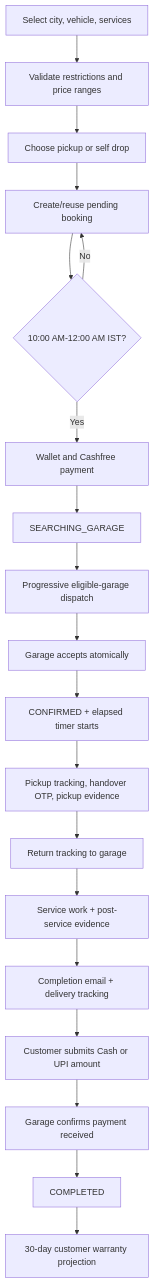
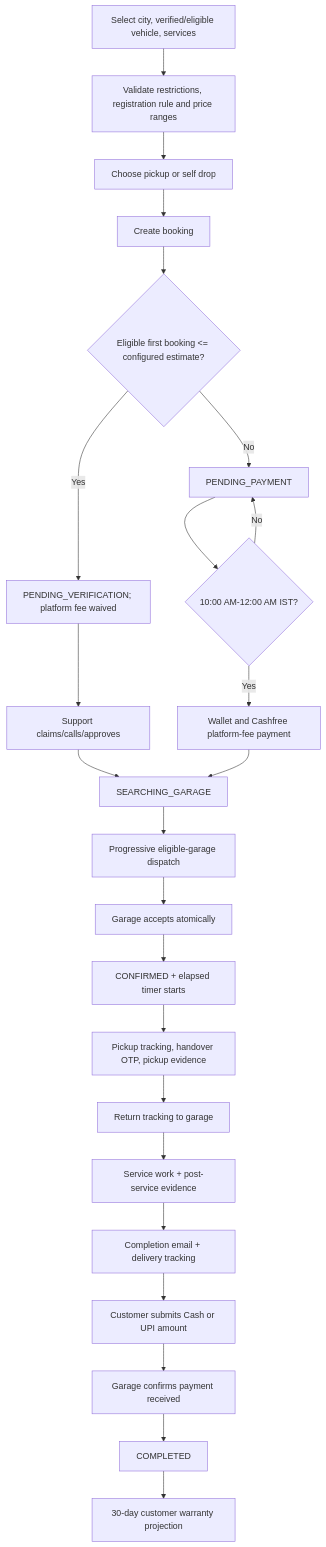
Before and after one commit to Aayush20253534/Garage-startup: the second of 2 diagrams in important docs/Architecture.md, drawn with Mermaid. The commit also changed other lines of this file and 21 other files, not shown here.

Commit message:
docs: synchronize all documentation with latest Rovauto architecture

````diff
--- a/important docs/Architecture.md
+++ b/important docs/Architecture.md
@@ -110,21 +131,26 @@
 ```mermaid
 flowchart TD
-    A[Select city, vehicle, services] --> B[Validate restrictions and price ranges]
+    A[Select city, verified/eligible vehicle, services] --> B[Validate restrictions, registration rule and price ranges]
     B --> C[Choose pickup or self drop]
-    C --> D[Create/reuse pending booking]
-    D --> T{10:00 AM-12:00 AM IST?}
-    T -->|No| D
-    T -->|Yes| E[Wallet and Cashfree payment]
-    E --> F[SEARCHING_GARAGE]
+    C --> D[Create booking]
+    D --> V{Eligible first booking <= configured estimate?}
+    V -->|Yes| W[PENDING_VERIFICATION; platform fee waived]
+    W --> X[Support claims/calls/approves]
+    X --> F[SEARCHING_GARAGE]
+    V -->|No| Y[PENDING_PAYMENT]
+    Y --> T{10:00 AM-12:00 AM IST?}
+    T -->|No| Y
+    T -->|Yes| E[Wallet and Cashfree platform-fee payment]
+    E --> F
     F --> G[Progressive eligible-garage dispatch]
     G --> H[Garage accepts atomically]
     H --> I[CONFIRMED + elapsed timer starts]
     I --> J[Pickup tracking, handover OTP, pickup evidence]
     J --> K[Return tracking to garage]
     K --> L[Service work + post-service evidence]
     L --> M[Completion email + delivery tracking]
     M --> N[Customer submits Cash or UPI amount]
     N --> O[Garage confirms payment received]
     O --> P[COMPLETED]
     P --> Q[30-day customer warranty projection]
 ```
````
